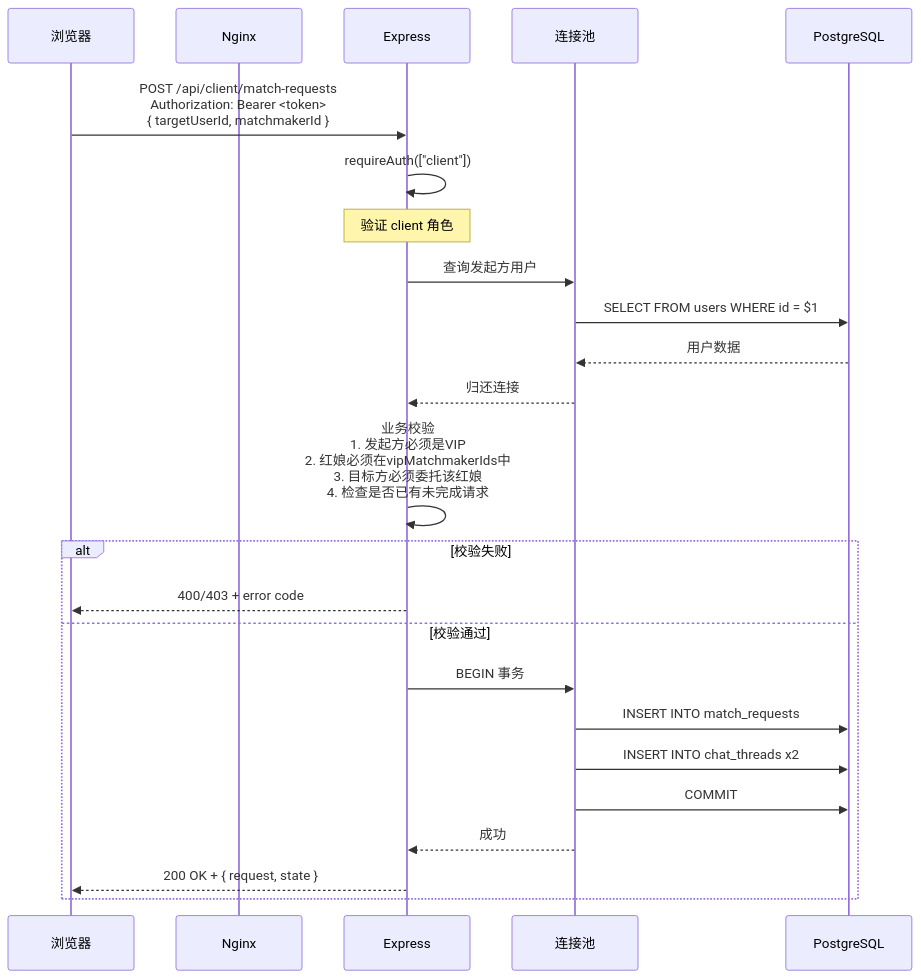
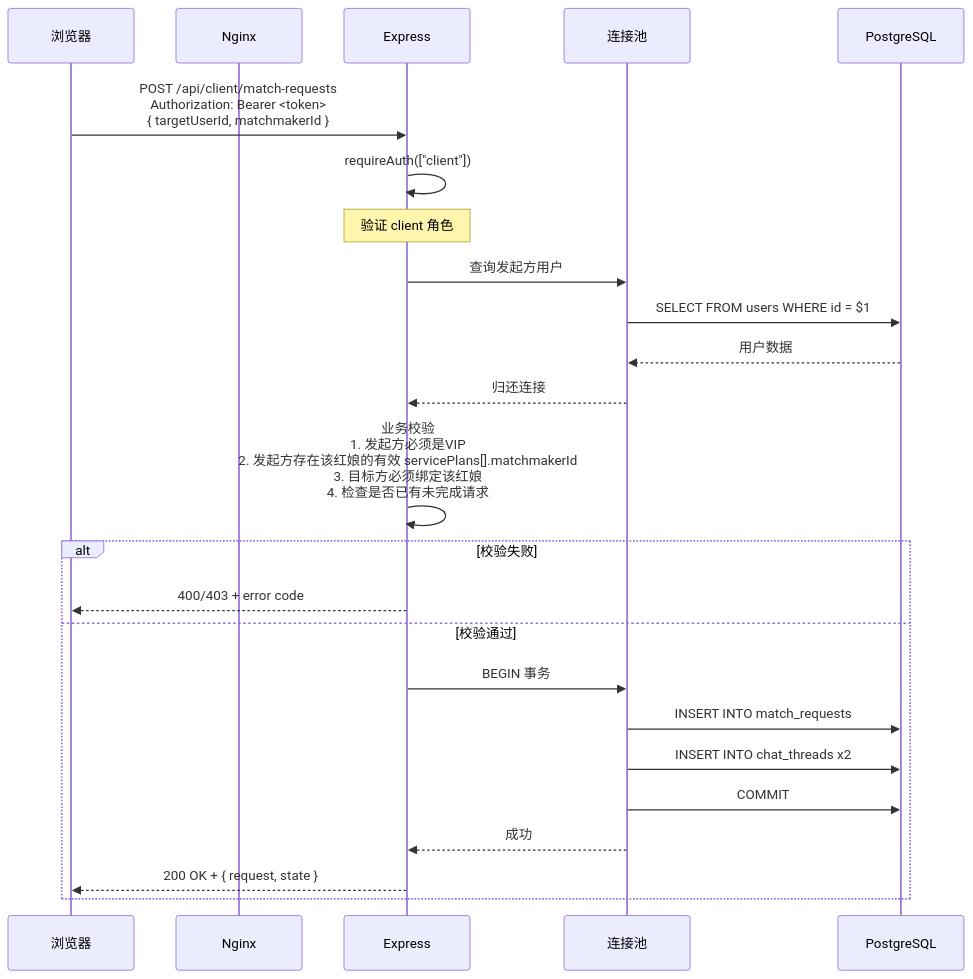
Before and after one commit to pixian5/mediapeople: the fourth of 9 diagrams in 说明/02-技术架构.md, drawn with Mermaid. The commit also changed other lines of this file and 21 other files, not shown here.

````diff
--- a/说明/02-技术架构.md
+++ b/说明/02-技术架构.md
@@ -563,32 +563,32 @@
 ```mermaid
 sequenceDiagram
     participant 浏览器
     participant Nginx
     participant Express
     participant 连接池
     participant PostgreSQL
     
     浏览器->>Express: POST /api/client/match-requests<br/>Authorization: Bearer <token><br/>{ targetUserId, matchmakerId }
     
     Express->>Express: requireAuth(["client"])
     Note over Express: 验证 client 角色
     
     Express->>连接池: 查询发起方用户
     连接池->>PostgreSQL: SELECT FROM users WHERE id = $1
     PostgreSQL-->>连接池: 用户数据
     连接池-->>Express: 归还连接
     
-    Express->>Express: 业务校验<br/>1. 发起方必须是VIP<br/>2. 红娘必须在vipMatchmakerIds中<br/>3. 目标方必须委托该红娘<br/>4. 检查是否已有未完成请求
+    Express->>Express: 业务校验<br/>1. 发起方必须是VIP<br/>2. 发起方存在该红娘的有效 servicePlans[].matchmakerId<br/>3. 目标方必须绑定该红娘<br/>4. 检查是否已有未完成请求
     
     alt 校验失败
         Express-->>浏览器: 400/403 + error code
     else 校验通过
         Express->>连接池: BEGIN 事务
         连接池->>PostgreSQL: INSERT INTO match_requests
         连接池->>PostgreSQL: INSERT INTO chat_threads x2
         连接池->>PostgreSQL: COMMIT
         连接池-->>Express: 成功
         
         Express-->>浏览器: 200 OK + { request, state }
     end
 ```
````
